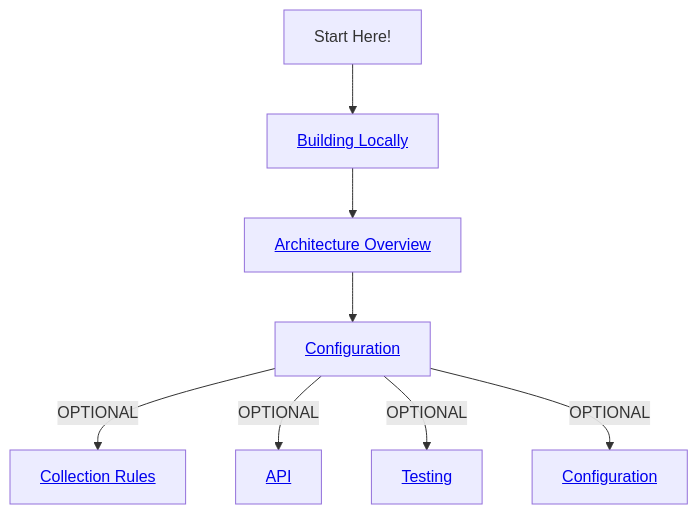
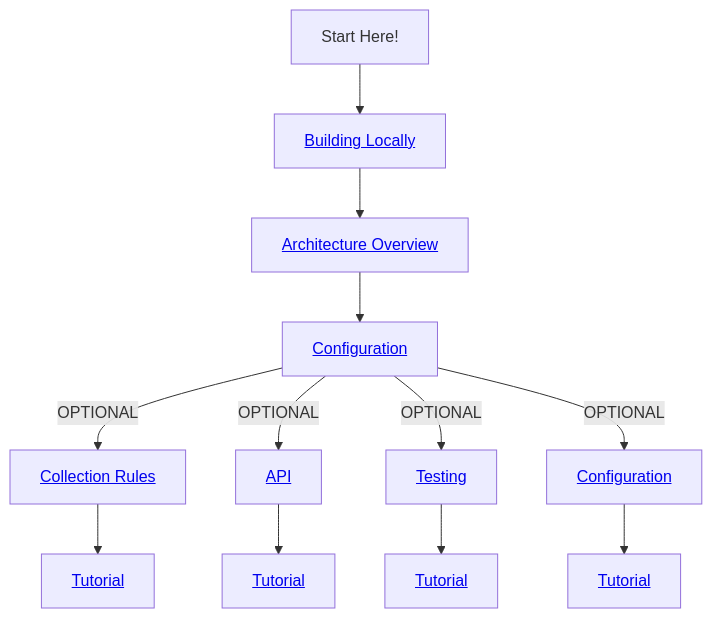
One commit to dotnet/dotnet-monitor changed the diagram in documentation/learningPath/README.md. Above: the diagram before and after it, drawn with Mermaid.

````diff
--- a/documentation/learningPath/README.md
+++ b/documentation/learningPath/README.md
@@ -8,10 +8,14 @@
 ```mermaid
 graph TD
     B[Start Here!] --> C[<a href='https://github.com/dotnet/dotnet-monitor/blob/main/documentation/building.md'>Building Locally</a>]
     C --> D[<a href='https://github.com/kkeirstead/dotnet-monitor/blob/kkeirstead/LearningPath/documentation/learningPath/architecture.md'>Architecture Overview</a>]
     D --> G[<a href='https://github.com/kkeirstead/dotnet-monitor/blob/kkeirstead/LearningPath/documentation/learningPath/architecture.md'>Configuration</a>]
     G --> |OPTIONAL| H[<a href='https://github.com/kkeirstead/dotnet-monitor/blob/kkeirstead/LearningPath/documentation/learningPath/collectionrules.md'>Collection Rules</a>]
     G --> |OPTIONAL| I[<a href='https://github.com/kkeirstead/dotnet-monitor/blob/kkeirstead/LearningPath/documentation/learningPath/api.md'>API</a>]
     G --> |OPTIONAL| J["<a href='https://github.com/kkeirstead/dotnet-monitor/blob/kkeirstead/LearningPath/documentation/learningPath/testing.md'>Testing</a>"]
     G --> |OPTIONAL| K["<a href='https://github.com/kkeirstead/dotnet-monitor/blob/kkeirstead/LearningPath/documentation/learningPath/configuration.md'>Configuration</a>"]
+    H --> Q[<a href='https://github.com/kkeirstead/dotnet-monitor/blob/kkeirstead/LearningPath/documentation/learningPath/api.md'>Tutorial</a>]
+    I --> R[<a href='https://github.com/kkeirstead/dotnet-monitor/blob/kkeirstead/LearningPath/documentation/learningPath/api.md'>Tutorial</a>]
+    J --> S[<a href='https://github.com/kkeirstead/dotnet-monitor/blob/kkeirstead/LearningPath/documentation/learningPath/api.md'>Tutorial</a>]
+    K --> T[<a href='https://github.com/kkeirstead/dotnet-monitor/blob/kkeirstead/LearningPath/documentation/learningPath/api.md'>Tutorial</a>]
 ```
````
